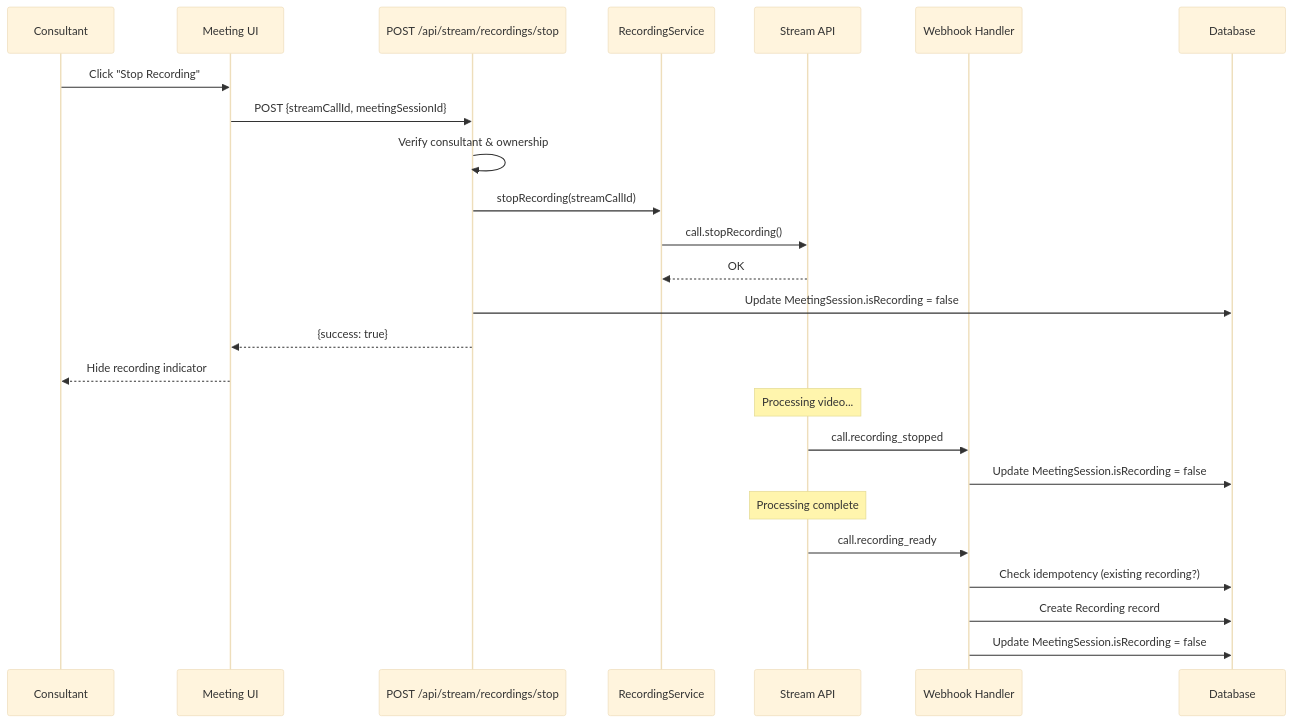
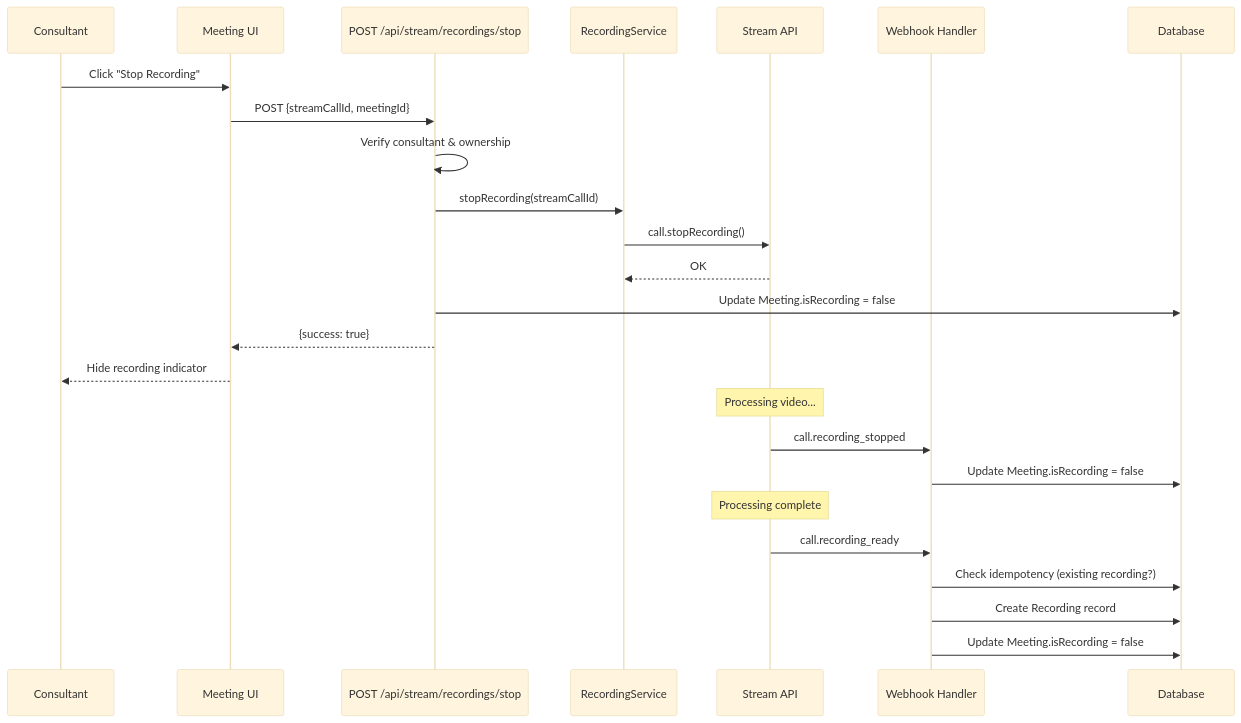
Before and after one commit to Practitionist/familiarise_web: the fifth of 7 diagrams in docs/stream/13-recording-webhooks.md, drawn with Mermaid (base theme). The commit also changed other lines of this file and 107 other files, not shown here.

Commit message:
docs(vocabulary): the scheduling glossary, booking, feedback, support, stream and review docs speak AppointmentOccurrence, Meeting and Trial (#1554)

````diff
--- a/docs/stream/13-recording-webhooks.md
+++ b/docs/stream/13-recording-webhooks.md
@@ -291,34 +291,34 @@
 ```mermaid
 sequenceDiagram
     participant C as Consultant
     participant UI as Meeting UI
     participant API as POST /api/stream/recordings/stop
     participant Service as RecordingService
     participant Stream as Stream API
     participant Webhook as Webhook Handler
     participant DB as Database
 
     C->>UI: Click "Stop Recording"
-    UI->>API: POST {streamCallId, meetingSessionId}
+    UI->>API: POST {streamCallId, meetingId}
 
     API->>API: Verify consultant & ownership
     API->>Service: stopRecording(streamCallId)
     Service->>Stream: call.stopRecording()
     Stream-->>Service: OK
 
-    API->>DB: Update MeetingSession.isRecording = false
+    API->>DB: Update Meeting.isRecording = false
     API-->>UI: {success: true}
     UI-->>C: Hide recording indicator
 
     Note over Stream: Processing video...
 
     Stream->>Webhook: call.recording_stopped
-    Webhook->>DB: Update MeetingSession.isRecording = false
+    Webhook->>DB: Update Meeting.isRecording = false
 
     Note over Stream: Processing complete
 
     Stream->>Webhook: call.recording_ready
     Webhook->>DB: Check idempotency (existing recording?)
     Webhook->>DB: Create Recording record
-    Webhook->>DB: Update MeetingSession.isRecording = false
+    Webhook->>DB: Update Meeting.isRecording = false
 ```
````
